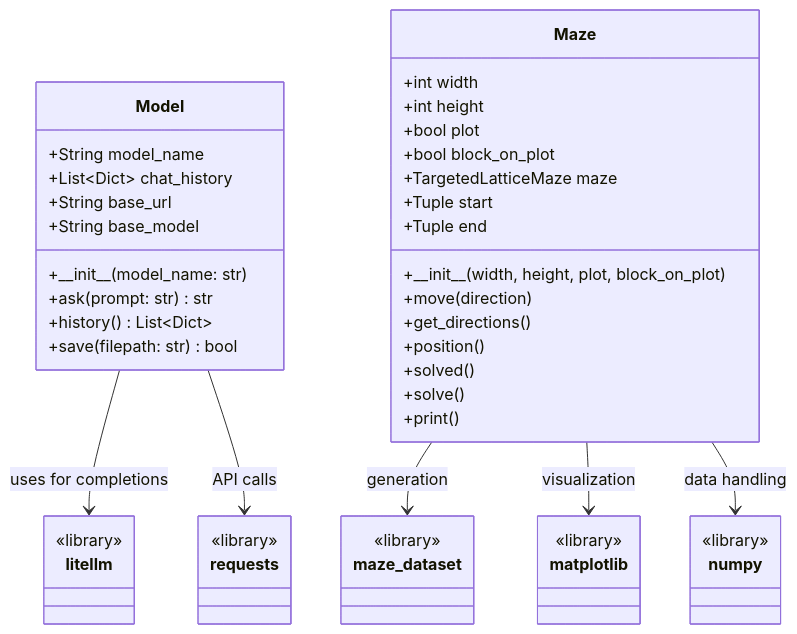
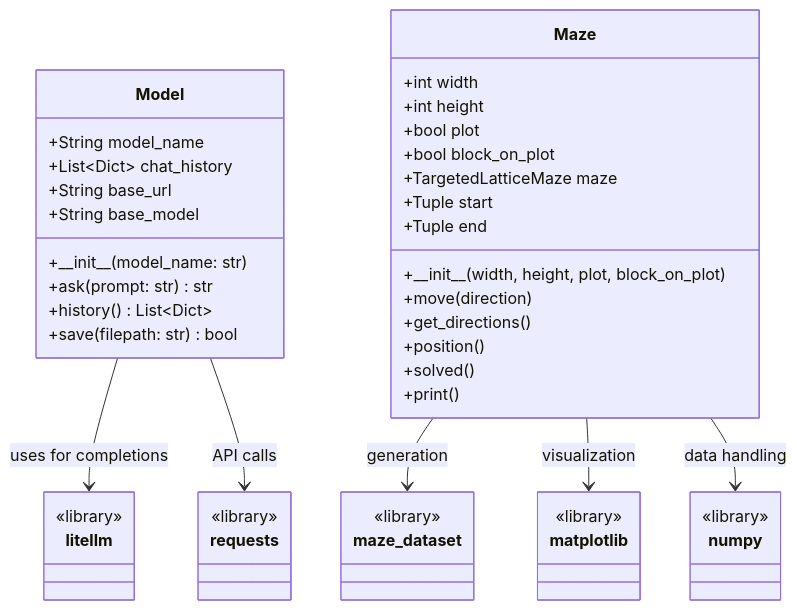
One commit to Oldranda1414/llm-maze-tester changed the diagram in README.md. Above: the diagram before and after it, drawn with Mermaid.

Commit message:
update class diagram

````diff
--- a/README.md
+++ b/README.md
@@ -31,56 +31,55 @@
 ```mermaid
 classDiagram
     class Model {
         +String model_name
         +List~Dict~ chat_history
         +String base_url
         +String base_model
         +\_\_init__(model_name: str)
         +ask(prompt: str) str
         +history() List~Dict~
         +save(filepath: str) bool
     }
     
     class Maze {
         +int width
         +int height
         +bool plot
         +bool block_on_plot
         +TargetedLatticeMaze maze
         +Tuple start
         +Tuple end
         +\_\_init__(width, height, plot, block_on_plot)
         +move(direction)
         +get_directions()
         +position()
         +solved()
-        +solve()
         +print()
     }
     
     class litellm {
         <<library>>
     }
     
     class requests {
         <<library>>
     }
     
     class maze_dataset {
         <<library>>
     }
     
     class matplotlib {
         <<library>>
     }
     
     class numpy {
         <<library>>
     }
     
     Model --> litellm : uses for completions
     Model --> requests : API calls
     Maze --> maze_dataset : generation
     Maze --> matplotlib : visualization
     Maze --> numpy : data handling
 ```
````
